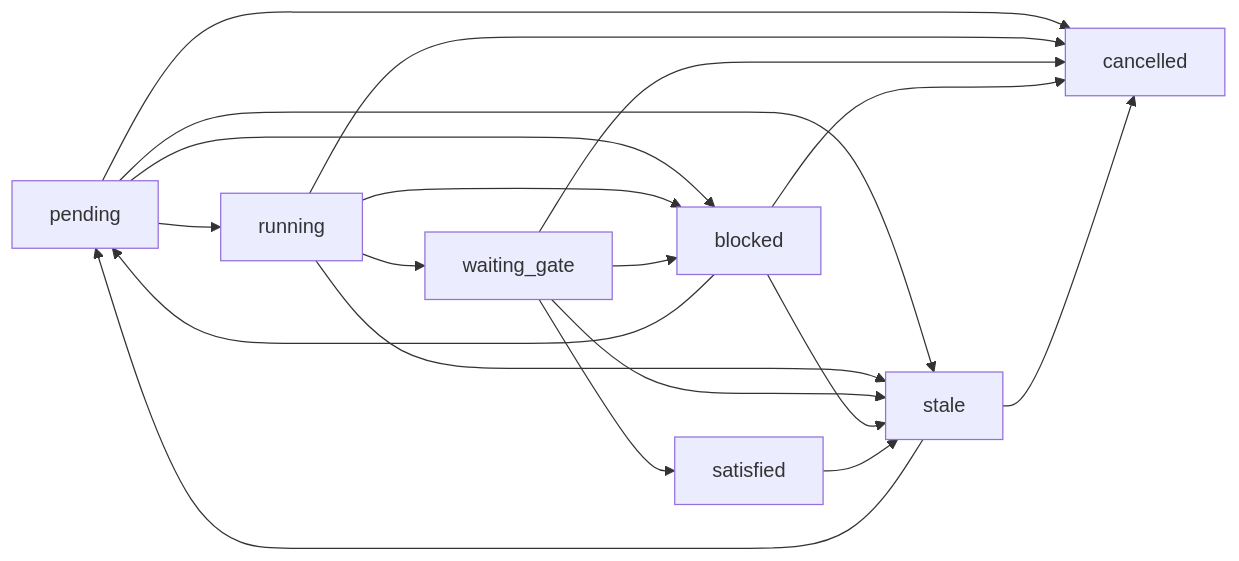
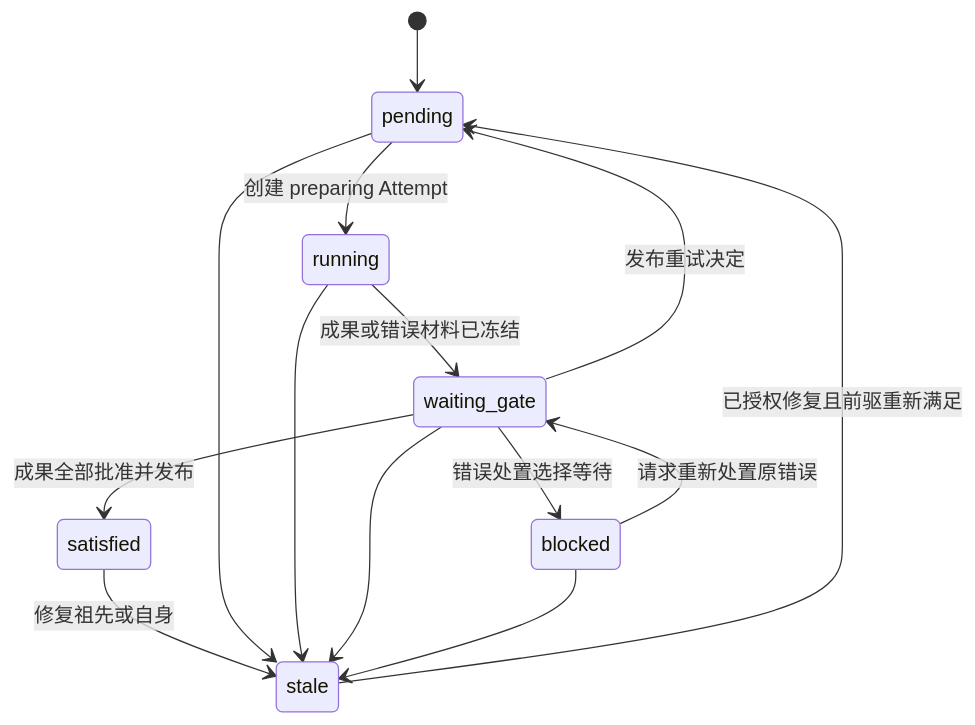
Before and after one commit to LingMessy/facetloom: the fourth of 5 diagrams in design/02-requirement.md, drawn with Mermaid. The commit also changed other lines of this file and 10 other files, not shown here.

````diff
--- a/design/02-requirement.md
+++ b/design/02-requirement.md
@@ -186,21 +205,16 @@
 ```mermaid
-flowchart LR
-    pending --> running
-    pending --> blocked
-    pending --> cancelled
+stateDiagram-v2
+    [*] --> pending
+    pending --> running: 创建 preparing Attempt
+    running --> waiting_gate: 成果或错误材料已冻结
+    waiting_gate --> satisfied: 成果全部批准并发布
+    waiting_gate --> pending: 发布重试决定
+    waiting_gate --> blocked: 错误处置选择等待
+    blocked --> waiting_gate: 请求重新处置原错误
+    satisfied --> stale: 修复祖先或自身
     pending --> stale
-    running --> waiting_gate
-    running --> blocked
     running --> stale
-    running --> cancelled
-    waiting_gate --> satisfied
-    waiting_gate --> blocked
     waiting_gate --> stale
-    waiting_gate --> cancelled
-    blocked --> pending
     blocked --> stale
-    blocked --> cancelled
-    satisfied --> stale
-    stale --> pending
-    stale --> cancelled
+    stale --> pending: 已授权修复且前驱重新满足
 ```
````
